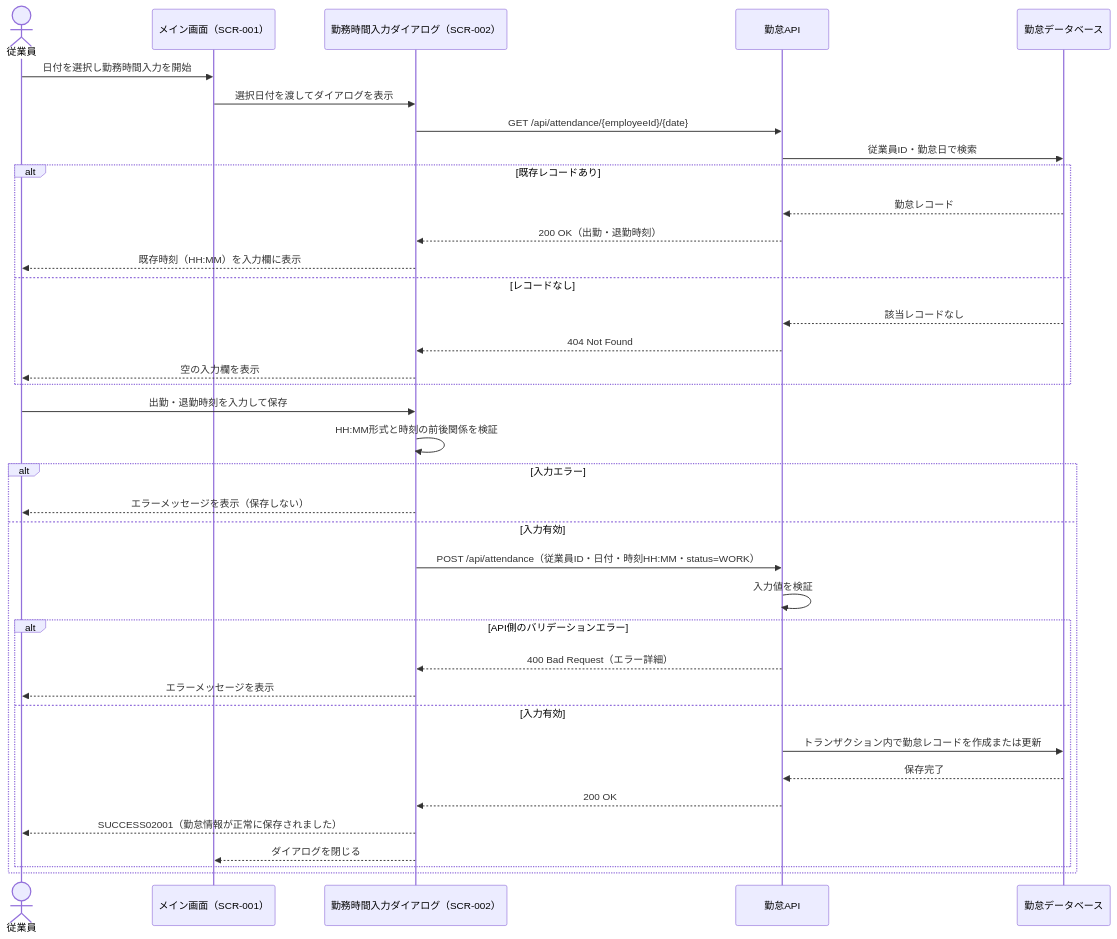
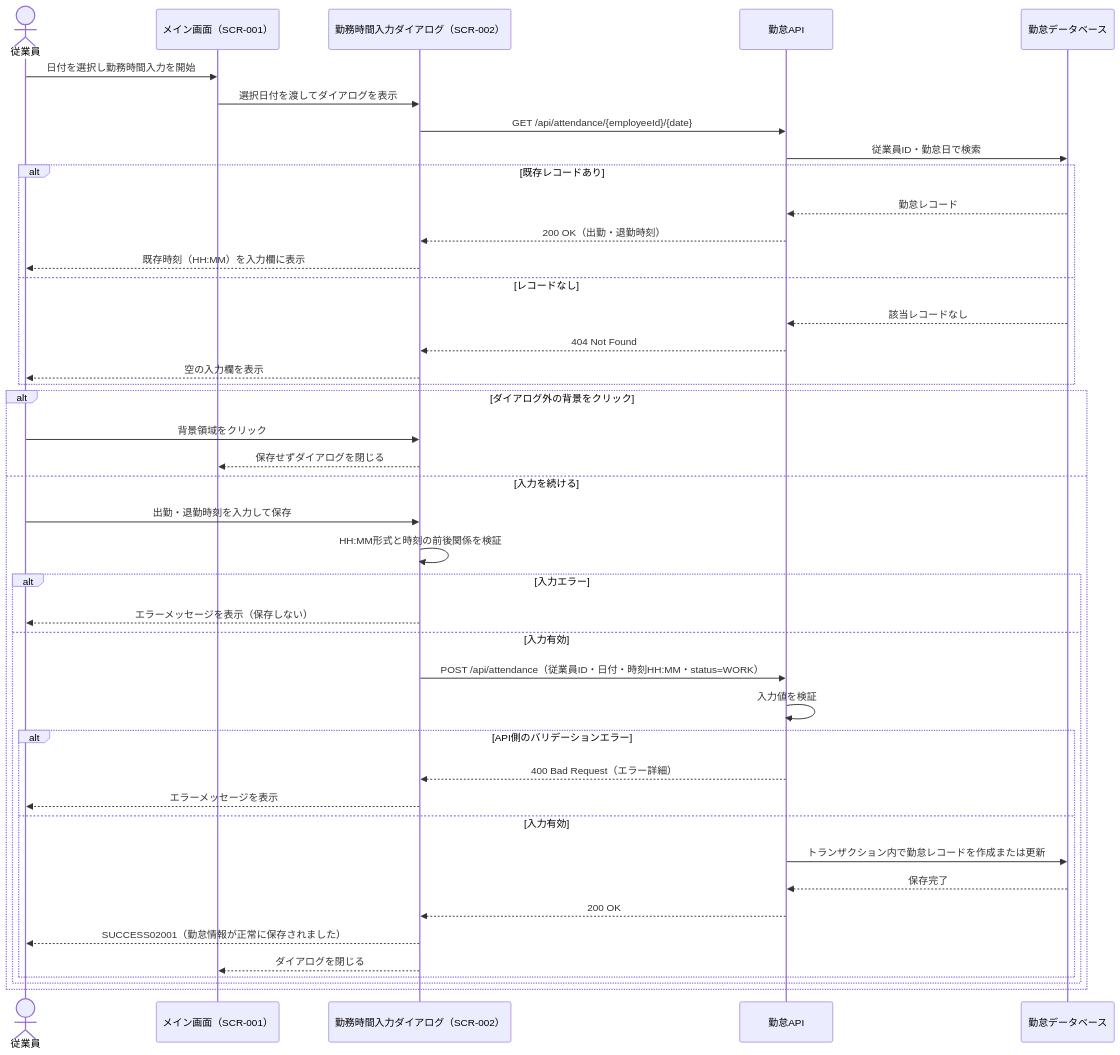
Before and after one commit to suzukitakanory/offjt_01: the diagram in attendance-system-workshop-ja/docs/design/domain/sequence/SEQ-REQ-UC003-勤務時間入力.md, drawn with Mermaid. The commit also changed other lines of this file and 6 other files, not shown here.

````diff
--- a/attendance-system-workshop-ja/docs/design/domain/sequence/SEQ-REQ-UC003-勤務時間入力.md
+++ b/attendance-system-workshop-ja/docs/design/domain/sequence/SEQ-REQ-UC003-勤務時間入力.md
@@ -62,41 +63,46 @@
 ```mermaid
 sequenceDiagram
     actor User as 従業員
     participant Main as メイン画面（SCR-001）
     participant Form as 勤務時間入力ダイアログ（SCR-002）
     participant API as 勤怠API
     participant DB as 勤怠データベース
 
     User->>Main: 日付を選択し勤務時間入力を開始
     Main->>Form: 選択日付を渡してダイアログを表示
     Form->>API: GET /api/attendance/{employeeId}/{date}
     API->>DB: 従業員ID・勤怠日で検索
     alt 既存レコードあり
         DB-->>API: 勤怠レコード
         API-->>Form: 200 OK（出勤・退勤時刻）
         Form-->>User: 既存時刻（HH:MM）を入力欄に表示
     else レコードなし
         DB-->>API: 該当レコードなし
         API-->>Form: 404 Not Found
         Form-->>User: 空の入力欄を表示
     end
 
-    User->>Form: 出勤・退勤時刻を入力して保存
-    Form->>Form: HH:MM形式と時刻の前後関係を検証
-    alt 入力エラー
-        Form-->>User: エラーメッセージを表示（保存しない）
-    else 入力有効
-        Form->>API: POST /api/attendance（従業員ID・日付・時刻HH:MM・status=WORK）
-        API->>API: 入力値を検証
-        alt API側のバリデーションエラー
-            API-->>Form: 400 Bad Request（エラー詳細）
-            Form-->>User: エラーメッセージを表示
+    alt ダイアログ外の背景をクリック
+        User->>Form: 背景領域をクリック
+        Form-->>Main: 保存せずダイアログを閉じる
+    else 入力を続ける
+        User->>Form: 出勤・退勤時刻を入力して保存
+        Form->>Form: HH:MM形式と時刻の前後関係を検証
+        alt 入力エラー
+            Form-->>User: エラーメッセージを表示（保存しない）
         else 入力有効
-            API->>DB: トランザクション内で勤怠レコードを作成または更新
-            DB-->>API: 保存完了
-            API-->>Form: 200 OK
-            Form-->>User: SUCCESS02001（勤怠情報が正常に保存されました）
-            Form-->>Main: ダイアログを閉じる
+            Form->>API: POST /api/attendance（従業員ID・日付・時刻HH:MM・status=WORK）
+            API->>API: 入力値を検証
+            alt API側のバリデーションエラー
+                API-->>Form: 400 Bad Request（エラー詳細）
+                Form-->>User: エラーメッセージを表示
+            else 入力有効
+                API->>DB: トランザクション内で勤怠レコードを作成または更新
+                DB-->>API: 保存完了
+                API-->>Form: 200 OK
+                Form-->>User: SUCCESS02001（勤怠情報が正常に保存されました）
+                Form-->>Main: ダイアログを閉じる
+            end
         end
     end
 ```
````
